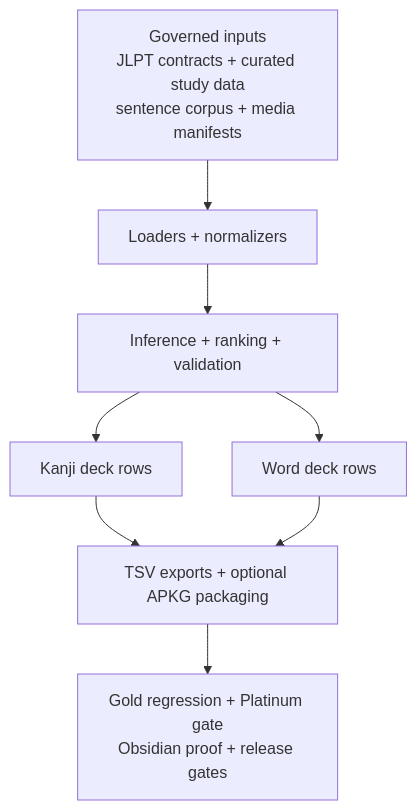
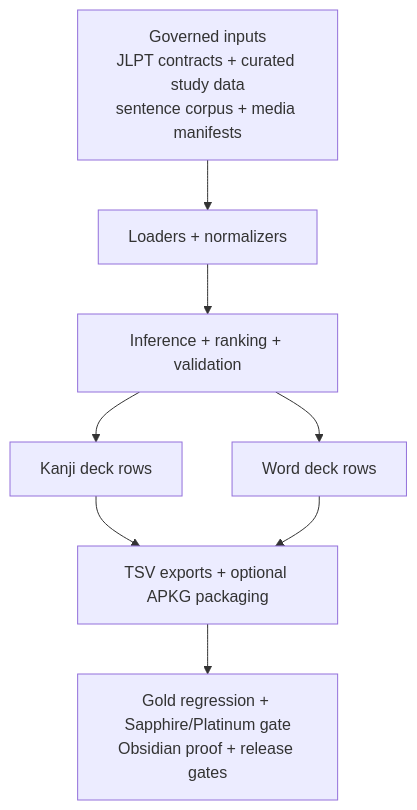
One commit to JeremiahM18/japanese-kanji-anki-builder changed the first of 2 diagrams in README.md. Above: the diagram before and after it, drawn with Mermaid. The commit also changed other lines of this file and 19 other files, not shown here.

````diff
--- a/README.md
+++ b/README.md
@@ -138,10 +141,10 @@
 ```mermaid
 flowchart TD
     A["Governed inputs<br/>JLPT contracts + curated study data<br/>sentence corpus + media manifests"] --> B["Loaders + normalizers"]
     B --> C["Inference + ranking + validation"]
     C --> D["Kanji deck rows"]
     C --> E["Word deck rows"]
     D --> F["TSV exports + optional APKG packaging"]
     E --> F
-    F --> G["Gold regression + Platinum gate<br/>Obsidian proof + release gates"]
+    F --> G["Gold regression + Sapphire/Platinum gate<br/>Obsidian proof + release gates"]
 ```
````
